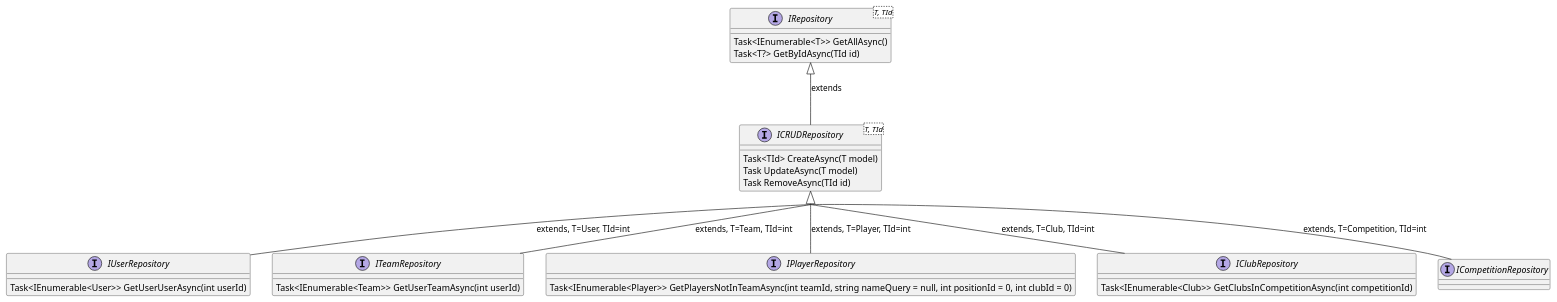
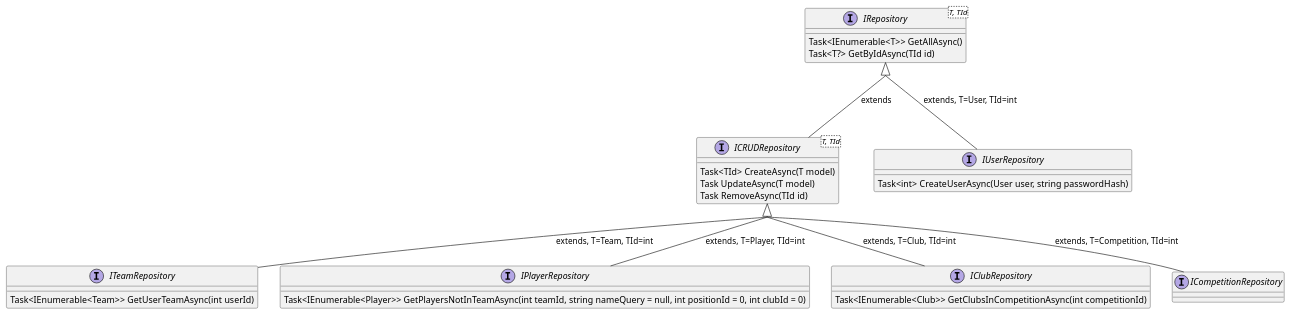
The diagram in docs/Class Diagrams/Infrastructure/Repositories.puml (JKMN-Projects/TeamTactics), drawn with PlantUML before and after one commit.

```diff
--- a/docs/Class Diagrams/Infrastructure/Repositories.puml
+++ b/docs/Class Diagrams/Infrastructure/Repositories.puml
@@ -1,40 +1,40 @@
 @startuml Repositories
 skinparam groupInheritance 2
 
 interface IRepository<T, TId> {
     Task<IEnumerable<T>> GetAllAsync()
     Task<T?> GetByIdAsync(TId id)
 }
 
 interface ICRUDRepository<T, TId> {
     Task<TId> CreateAsync(T model)
     Task UpdateAsync(T model)
     Task RemoveAsync(TId id)
 }
 IRepository <|-- ICRUDRepository : extends
 
 interface IUserRepository {
-    Task<IEnumerable<User>> GetUserUserAsync(int userId)
+    Task<int> CreateUserAsync(User user, string passwordHash)
 }
-ICRUDRepository <|-- IUserRepository : extends, T=User, TId=int
+IRepository <|-- IUserRepository : extends, T=User, TId=int
 
 interface ITeamRepository {
     Task<IEnumerable<Team>> GetUserTeamAsync(int userId)
 }
 ICRUDRepository <|-- ITeamRepository : extends, T=Team, TId=int
 
 interface IPlayerRepository {
     Task<IEnumerable<Player>> GetPlayersNotInTeamAsync(int teamId, string nameQuery = null, int positionId = 0, int clubId = 0)
 }
 ICRUDRepository <|-- IPlayerRepository : extends, T=Player, TId=int
 
 interface IClubRepository {
     Task<IEnumerable<Club>> GetClubsInCompetitionAsync(int competitionId)
 }
 ICRUDRepository <|-- IClubRepository : extends, T=Club, TId=int
 
 interface ICompetitionRepository {
 }
 ICRUDRepository <|-- ICompetitionRepository : extends, T=Competition, TId=int
 
 @enduml 
```
